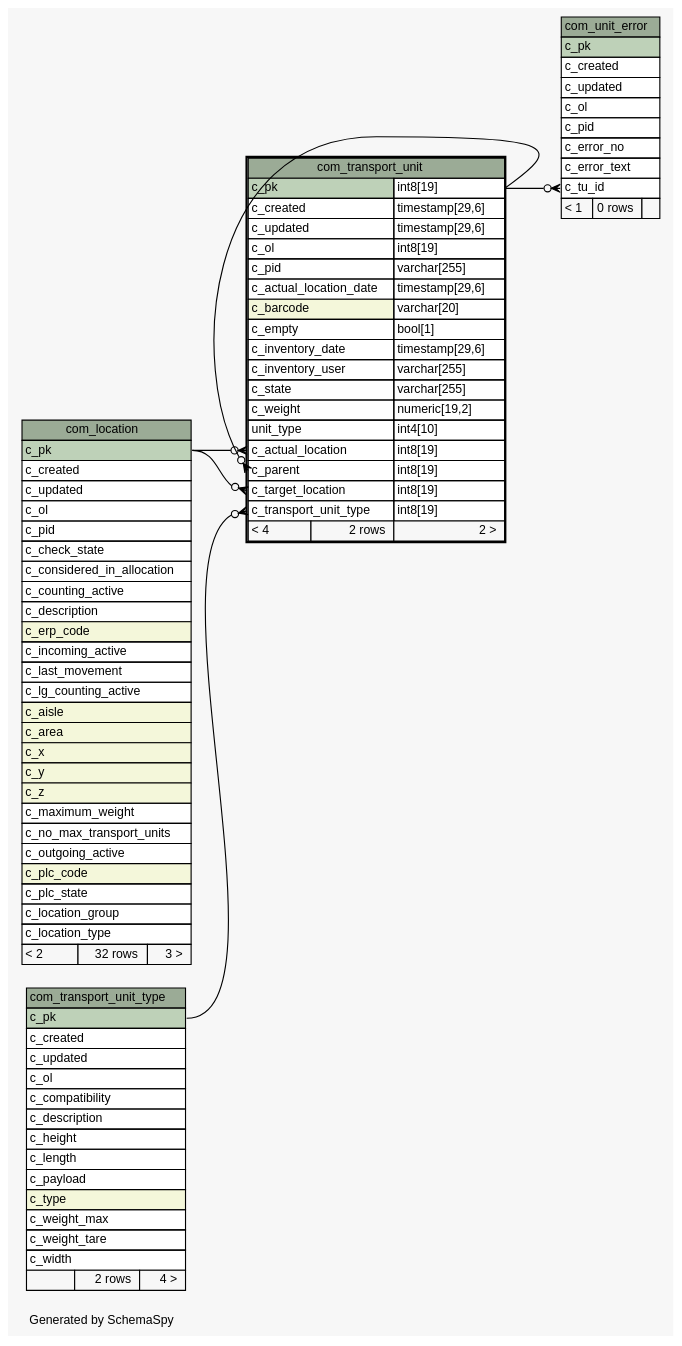
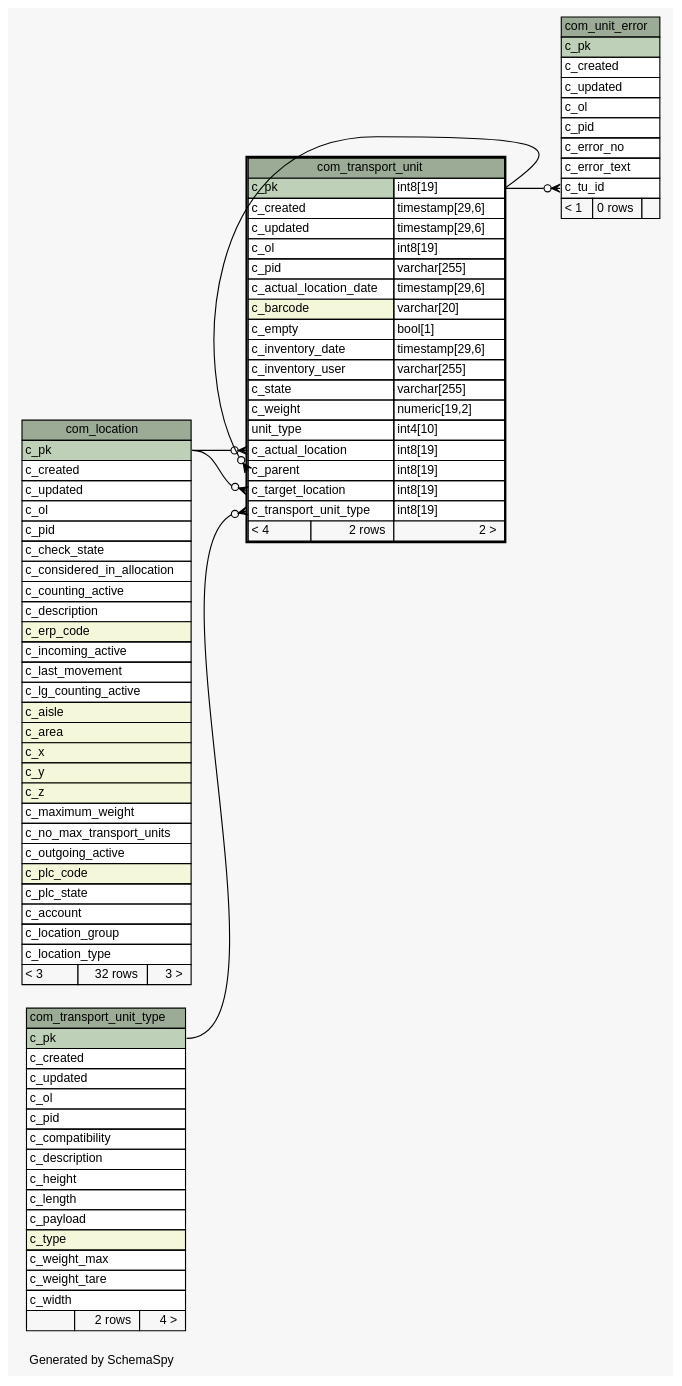
Before and after one commit to openwms/org.openwms.common.service.lib: the diagram in schemaspy/diagrams/com_transport_unit.1degree.dot, drawn with Graphviz. The commit also changed 516 other files, not shown here.

```diff
--- a/schemaspy/diagrams/com_transport_unit.1degree.dot
+++ b/schemaspy/diagrams/com_transport_unit.1degree.dot
@@ -1,126 +1,128 @@
 // dot 2.36.0 on Linux 4.4.0-101-generic
 // SchemaSpy rev Unknown
 digraph "oneDegreeRelationshipsDiagram" {
   graph [
     rankdir="RL"
     bgcolor="#f7f7f7"
     label="\nGenerated by SchemaSpy"
     labeljust="l"
     nodesep="0.18"
     ranksep="0.46"
     fontname="Helvetica"
     fontsize="11"
   ];
   node [
     fontname="Helvetica"
     fontsize="11"
     shape="plaintext"
   ];
   edge [
     arrowsize="0.8"
   ];
   "com_transport_unit":"c_actual_location":w -> "com_location":"c_pk":e [arrowhead=none dir=back arrowtail=crowodot];
   "com_transport_unit":"c_parent":w -> "com_transport_unit":"c_pk.type":e [arrowhead=none dir=back arrowtail=crowodot];
   "com_transport_unit":"c_target_location":w -> "com_location":"c_pk":e [arrowhead=none dir=back arrowtail=crowodot];
   "com_transport_unit":"c_transport_unit_type":w -> "com_transport_unit_type":"c_pk":e [arrowhead=none dir=back arrowtail=crowodot];
   "com_unit_error":"c_tu_id":w -> "com_transport_unit":"c_pk.type":e [arrowhead=none dir=back arrowtail=crowodot];
   "com_location" [
     label=<
     <TABLE BORDER="0" CELLBORDER="1" CELLSPACING="0" BGCOLOR="#ffffff">
       <TR><TD COLSPAN="3" BGCOLOR="#9bab96" ALIGN="CENTER">com_location</TD></TR>
       <TR><TD PORT="c_pk" COLSPAN="3" BGCOLOR="#bed1b8" ALIGN="LEFT">c_pk</TD></TR>
       <TR><TD PORT="c_created" COLSPAN="3" ALIGN="LEFT">c_created</TD></TR>
       <TR><TD PORT="c_updated" COLSPAN="3" ALIGN="LEFT">c_updated</TD></TR>
       <TR><TD PORT="c_ol" COLSPAN="3" ALIGN="LEFT">c_ol</TD></TR>
       <TR><TD PORT="c_pid" COLSPAN="3" ALIGN="LEFT">c_pid</TD></TR>
       <TR><TD PORT="c_check_state" COLSPAN="3" ALIGN="LEFT">c_check_state</TD></TR>
       <TR><TD PORT="c_considered_in_allocation" COLSPAN="3" ALIGN="LEFT">c_considered_in_allocation</TD></TR>
       <TR><TD PORT="c_counting_active" COLSPAN="3" ALIGN="LEFT">c_counting_active</TD></TR>
       <TR><TD PORT="c_description" COLSPAN="3" ALIGN="LEFT">c_description</TD></TR>
       <TR><TD PORT="c_erp_code" COLSPAN="3" BGCOLOR="#f4f7da" ALIGN="LEFT">c_erp_code</TD></TR>
       <TR><TD PORT="c_incoming_active" COLSPAN="3" ALIGN="LEFT">c_incoming_active</TD></TR>
       <TR><TD PORT="c_last_movement" COLSPAN="3" ALIGN="LEFT">c_last_movement</TD></TR>
       <TR><TD PORT="c_lg_counting_active" COLSPAN="3" ALIGN="LEFT">c_lg_counting_active</TD></TR>
       <TR><TD PORT="c_aisle" COLSPAN="3" BGCOLOR="#f4f7da" ALIGN="LEFT">c_aisle</TD></TR>
       <TR><TD PORT="c_area" COLSPAN="3" BGCOLOR="#f4f7da" ALIGN="LEFT">c_area</TD></TR>
       <TR><TD PORT="c_x" COLSPAN="3" BGCOLOR="#f4f7da" ALIGN="LEFT">c_x</TD></TR>
       <TR><TD PORT="c_y" COLSPAN="3" BGCOLOR="#f4f7da" ALIGN="LEFT">c_y</TD></TR>
       <TR><TD PORT="c_z" COLSPAN="3" BGCOLOR="#f4f7da" ALIGN="LEFT">c_z</TD></TR>
       <TR><TD PORT="c_maximum_weight" COLSPAN="3" ALIGN="LEFT">c_maximum_weight</TD></TR>
       <TR><TD PORT="c_no_max_transport_units" COLSPAN="3" ALIGN="LEFT">c_no_max_transport_units</TD></TR>
       <TR><TD PORT="c_outgoing_active" COLSPAN="3" ALIGN="LEFT">c_outgoing_active</TD></TR>
       <TR><TD PORT="c_plc_code" COLSPAN="3" BGCOLOR="#f4f7da" ALIGN="LEFT">c_plc_code</TD></TR>
       <TR><TD PORT="c_plc_state" COLSPAN="3" ALIGN="LEFT">c_plc_state</TD></TR>
+      <TR><TD PORT="c_account" COLSPAN="3" ALIGN="LEFT">c_account</TD></TR>
       <TR><TD PORT="c_location_group" COLSPAN="3" ALIGN="LEFT">c_location_group</TD></TR>
       <TR><TD PORT="c_location_type" COLSPAN="3" ALIGN="LEFT">c_location_type</TD></TR>
-      <TR><TD ALIGN="LEFT" BGCOLOR="#f7f7f7">&lt; 2</TD><TD ALIGN="RIGHT" BGCOLOR="#f7f7f7">32 rows</TD><TD ALIGN="RIGHT" BGCOLOR="#f7f7f7">3 &gt;</TD></TR>
+      <TR><TD ALIGN="LEFT" BGCOLOR="#f7f7f7">&lt; 3</TD><TD ALIGN="RIGHT" BGCOLOR="#f7f7f7">32 rows</TD><TD ALIGN="RIGHT" BGCOLOR="#f7f7f7">3 &gt;</TD></TR>
     </TABLE>>
     URL="com_location.html"
     tooltip="com_location"
   ];
   "com_transport_unit" [
     label=<
     <TABLE BORDER="2" CELLBORDER="1" CELLSPACING="0" BGCOLOR="#ffffff">
       <TR><TD COLSPAN="3" BGCOLOR="#9bab96" ALIGN="CENTER">com_transport_unit</TD></TR>
       <TR><TD PORT="c_pk" COLSPAN="2" BGCOLOR="#bed1b8" ALIGN="LEFT">c_pk</TD><TD PORT="c_pk.type" ALIGN="LEFT">int8[19]</TD></TR>
       <TR><TD PORT="c_created" COLSPAN="2" ALIGN="LEFT">c_created</TD><TD PORT="c_created.type" ALIGN="LEFT">timestamp[29,6]</TD></TR>
       <TR><TD PORT="c_updated" COLSPAN="2" ALIGN="LEFT">c_updated</TD><TD PORT="c_updated.type" ALIGN="LEFT">timestamp[29,6]</TD></TR>
       <TR><TD PORT="c_ol" COLSPAN="2" ALIGN="LEFT">c_ol</TD><TD PORT="c_ol.type" ALIGN="LEFT">int8[19]</TD></TR>
       <TR><TD PORT="c_pid" COLSPAN="2" ALIGN="LEFT">c_pid</TD><TD PORT="c_pid.type" ALIGN="LEFT">varchar[255]</TD></TR>
       <TR><TD PORT="c_actual_location_date" COLSPAN="2" ALIGN="LEFT">c_actual_location_date</TD><TD PORT="c_actual_location_date.type" ALIGN="LEFT">timestamp[29,6]</TD></TR>
       <TR><TD PORT="c_barcode" COLSPAN="2" BGCOLOR="#f4f7da" ALIGN="LEFT">c_barcode</TD><TD PORT="c_barcode.type" ALIGN="LEFT">varchar[20]</TD></TR>
       <TR><TD PORT="c_empty" COLSPAN="2" ALIGN="LEFT">c_empty</TD><TD PORT="c_empty.type" ALIGN="LEFT">bool[1]</TD></TR>
       <TR><TD PORT="c_inventory_date" COLSPAN="2" ALIGN="LEFT">c_inventory_date</TD><TD PORT="c_inventory_date.type" ALIGN="LEFT">timestamp[29,6]</TD></TR>
       <TR><TD PORT="c_inventory_user" COLSPAN="2" ALIGN="LEFT">c_inventory_user</TD><TD PORT="c_inventory_user.type" ALIGN="LEFT">varchar[255]</TD></TR>
       <TR><TD PORT="c_state" COLSPAN="2" ALIGN="LEFT">c_state</TD><TD PORT="c_state.type" ALIGN="LEFT">varchar[255]</TD></TR>
       <TR><TD PORT="c_weight" COLSPAN="2" ALIGN="LEFT">c_weight</TD><TD PORT="c_weight.type" ALIGN="LEFT">numeric[19,2]</TD></TR>
       <TR><TD PORT="unit_type" COLSPAN="2" ALIGN="LEFT">unit_type</TD><TD PORT="unit_type.type" ALIGN="LEFT">int4[10]</TD></TR>
       <TR><TD PORT="c_actual_location" COLSPAN="2" ALIGN="LEFT">c_actual_location</TD><TD PORT="c_actual_location.type" ALIGN="LEFT">int8[19]</TD></TR>
       <TR><TD PORT="c_parent" COLSPAN="2" ALIGN="LEFT">c_parent</TD><TD PORT="c_parent.type" ALIGN="LEFT">int8[19]</TD></TR>
       <TR><TD PORT="c_target_location" COLSPAN="2" ALIGN="LEFT">c_target_location</TD><TD PORT="c_target_location.type" ALIGN="LEFT">int8[19]</TD></TR>
       <TR><TD PORT="c_transport_unit_type" COLSPAN="2" ALIGN="LEFT">c_transport_unit_type</TD><TD PORT="c_transport_unit_type.type" ALIGN="LEFT">int8[19]</TD></TR>
       <TR><TD ALIGN="LEFT" BGCOLOR="#f7f7f7">&lt; 4</TD><TD ALIGN="RIGHT" BGCOLOR="#f7f7f7">2 rows</TD><TD ALIGN="RIGHT" BGCOLOR="#f7f7f7">2 &gt;</TD></TR>
     </TABLE>>
     URL="com_transport_unit.html"
     tooltip="com_transport_unit"
   ];
   "com_transport_unit_type" [
     label=<
     <TABLE BORDER="0" CELLBORDER="1" CELLSPACING="0" BGCOLOR="#ffffff">
       <TR><TD COLSPAN="3" BGCOLOR="#9bab96" ALIGN="CENTER">com_transport_unit_type</TD></TR>
       <TR><TD PORT="c_pk" COLSPAN="3" BGCOLOR="#bed1b8" ALIGN="LEFT">c_pk</TD></TR>
       <TR><TD PORT="c_created" COLSPAN="3" ALIGN="LEFT">c_created</TD></TR>
       <TR><TD PORT="c_updated" COLSPAN="3" ALIGN="LEFT">c_updated</TD></TR>
       <TR><TD PORT="c_ol" COLSPAN="3" ALIGN="LEFT">c_ol</TD></TR>
+      <TR><TD PORT="c_pid" COLSPAN="3" ALIGN="LEFT">c_pid</TD></TR>
       <TR><TD PORT="c_compatibility" COLSPAN="3" ALIGN="LEFT">c_compatibility</TD></TR>
       <TR><TD PORT="c_description" COLSPAN="3" ALIGN="LEFT">c_description</TD></TR>
       <TR><TD PORT="c_height" COLSPAN="3" ALIGN="LEFT">c_height</TD></TR>
       <TR><TD PORT="c_length" COLSPAN="3" ALIGN="LEFT">c_length</TD></TR>
       <TR><TD PORT="c_payload" COLSPAN="3" ALIGN="LEFT">c_payload</TD></TR>
       <TR><TD PORT="c_type" COLSPAN="3" BGCOLOR="#f4f7da" ALIGN="LEFT">c_type</TD></TR>
       <TR><TD PORT="c_weight_max" COLSPAN="3" ALIGN="LEFT">c_weight_max</TD></TR>
       <TR><TD PORT="c_weight_tare" COLSPAN="3" ALIGN="LEFT">c_weight_tare</TD></TR>
       <TR><TD PORT="c_width" COLSPAN="3" ALIGN="LEFT">c_width</TD></TR>
       <TR><TD ALIGN="LEFT" BGCOLOR="#f7f7f7">  </TD><TD ALIGN="RIGHT" BGCOLOR="#f7f7f7">2 rows</TD><TD ALIGN="RIGHT" BGCOLOR="#f7f7f7">4 &gt;</TD></TR>
     </TABLE>>
     URL="com_transport_unit_type.html"
     tooltip="com_transport_unit_type"
   ];
   "com_unit_error" [
     label=<
     <TABLE BORDER="0" CELLBORDER="1" CELLSPACING="0" BGCOLOR="#ffffff">
       <TR><TD COLSPAN="3" BGCOLOR="#9bab96" ALIGN="CENTER">com_unit_error</TD></TR>
       <TR><TD PORT="c_pk" COLSPAN="3" BGCOLOR="#bed1b8" ALIGN="LEFT">c_pk</TD></TR>
       <TR><TD PORT="c_created" COLSPAN="3" ALIGN="LEFT">c_created</TD></TR>
       <TR><TD PORT="c_updated" COLSPAN="3" ALIGN="LEFT">c_updated</TD></TR>
       <TR><TD PORT="c_ol" COLSPAN="3" ALIGN="LEFT">c_ol</TD></TR>
       <TR><TD PORT="c_pid" COLSPAN="3" ALIGN="LEFT">c_pid</TD></TR>
       <TR><TD PORT="c_error_no" COLSPAN="3" ALIGN="LEFT">c_error_no</TD></TR>
       <TR><TD PORT="c_error_text" COLSPAN="3" ALIGN="LEFT">c_error_text</TD></TR>
       <TR><TD PORT="c_tu_id" COLSPAN="3" ALIGN="LEFT">c_tu_id</TD></TR>
       <TR><TD ALIGN="LEFT" BGCOLOR="#f7f7f7">&lt; 1</TD><TD ALIGN="RIGHT" BGCOLOR="#f7f7f7">0 rows</TD><TD ALIGN="RIGHT" BGCOLOR="#f7f7f7">  </TD></TR>
     </TABLE>>
     URL="com_unit_error.html"
     tooltip="com_unit_error"
   ];
 }
```
